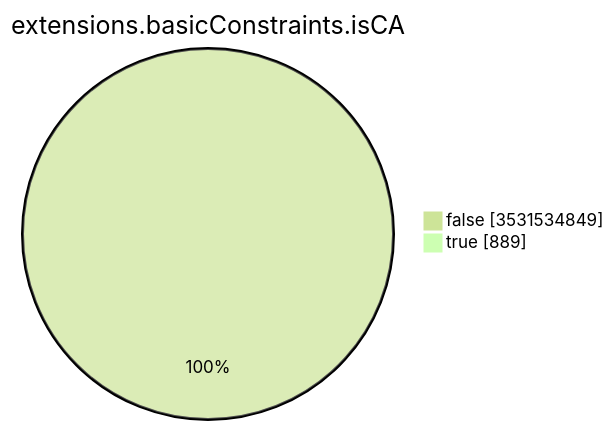
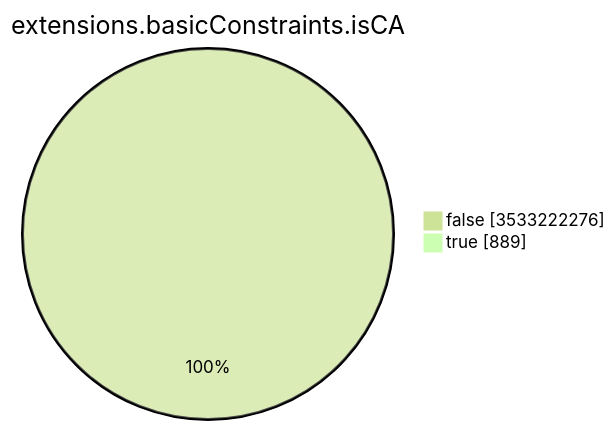
The seventh of 15 diagrams in TOTAL/README.md (christiankrug/ctmonitor_visualization), drawn with Mermaid (forest theme) before and after one commit. The commit also changed other lines of this file, not shown here.

````diff
--- a/TOTAL/README.md
+++ b/TOTAL/README.md
@@ -3094,6 +3094,6 @@
 ```mermaid
 pie showData
 title extensions.basicConstraints.isCA
-"false" :3531534849
+"false" :3533222276
 "true" :889
 ```
````
